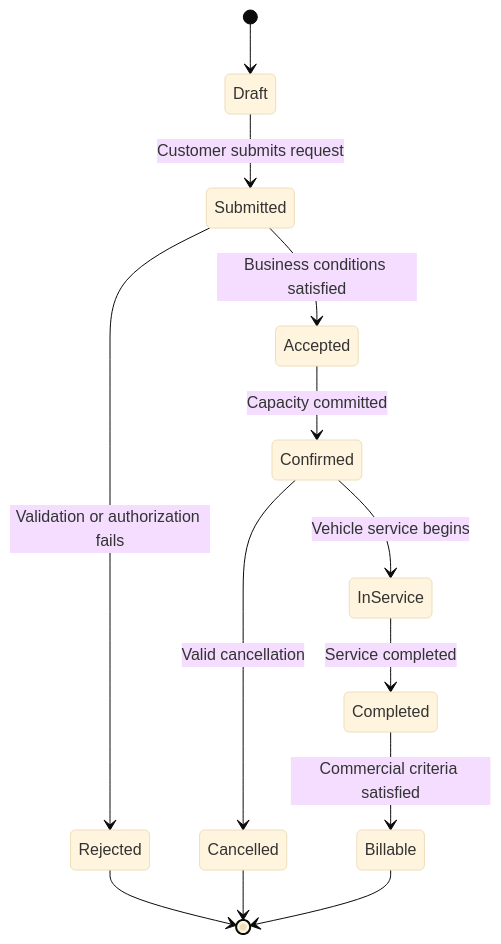
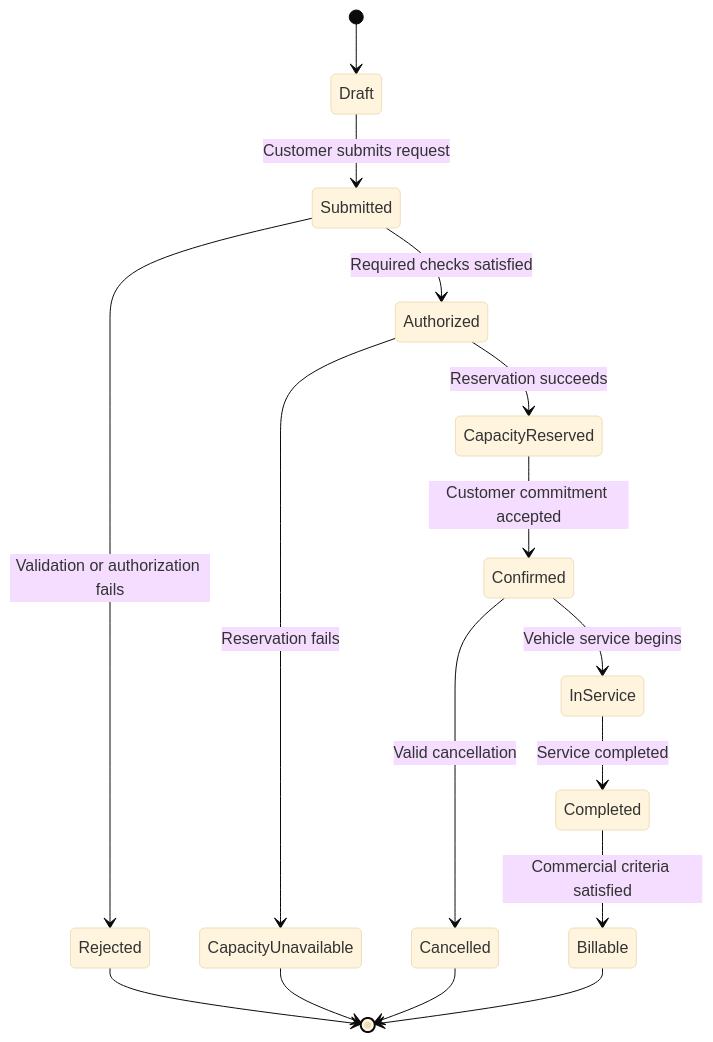
One commit to sheikh-zeeshan/Enterprise-AI-Engineering-Handbook changed the eighth of 13 diagrams in book/46-business-domain.md. Above: the diagram before and after it, drawn with Mermaid (base theme). The commit also changed other lines of this file and 3 other files, not shown here.

````diff
--- a/book/46-business-domain.md
+++ b/book/46-business-domain.md
@@ -2681,22 +2713,24 @@
 ```mermaid
 stateDiagram-v2
     [*] --> Draft
 
     Draft --> Submitted: Customer submits request
 
     Submitted --> Rejected: Validation or authorization fails
-    Submitted --> Accepted: Business conditions satisfied
-
-    Accepted --> Confirmed: Capacity committed
+    Submitted --> Authorized: Required checks satisfied
+    Authorized --> CapacityUnavailable: Reservation fails
+    Authorized --> CapacityReserved: Reservation succeeds
+    CapacityReserved --> Confirmed: Customer commitment accepted
 
     Confirmed --> InService: Vehicle service begins
     Confirmed --> Cancelled: Valid cancellation
 
     InService --> Completed: Service completed
 
     Completed --> Billable: Commercial criteria satisfied
 
     Rejected --> [*]
+    CapacityUnavailable --> [*]
     Cancelled --> [*]
     Billable --> [*]
 ```
````
